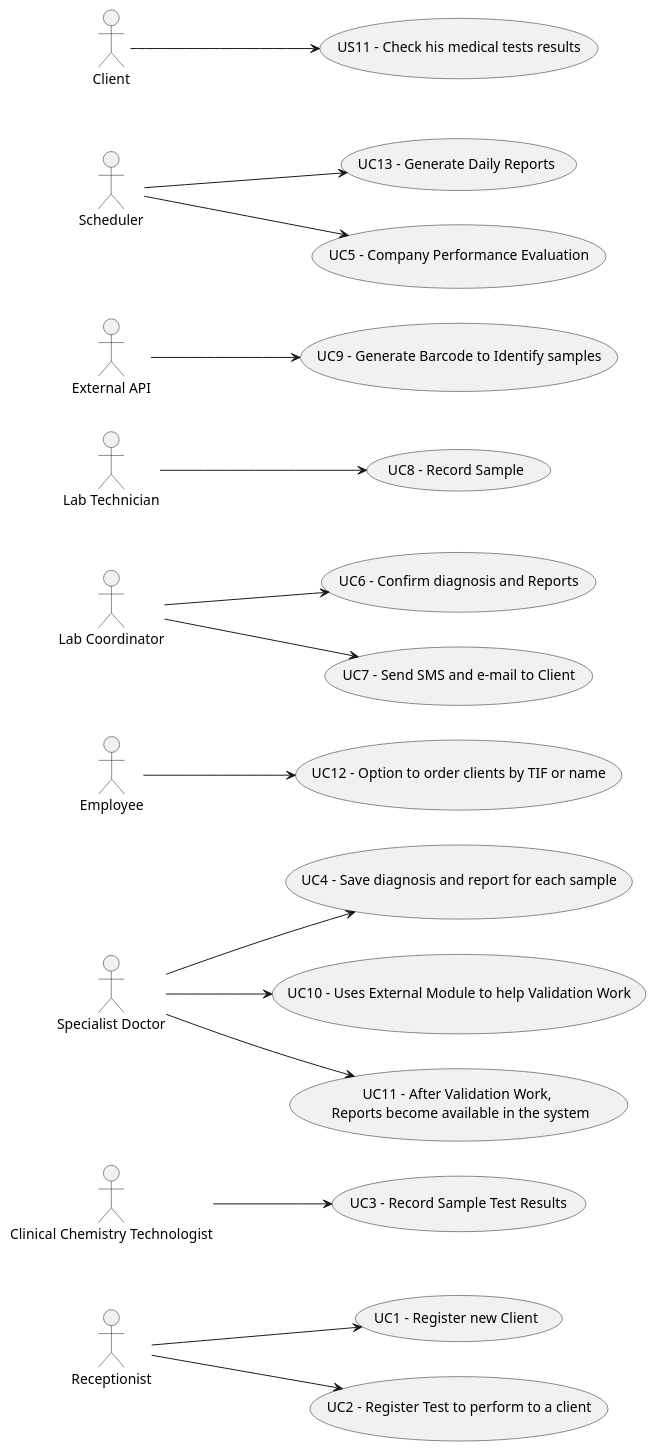
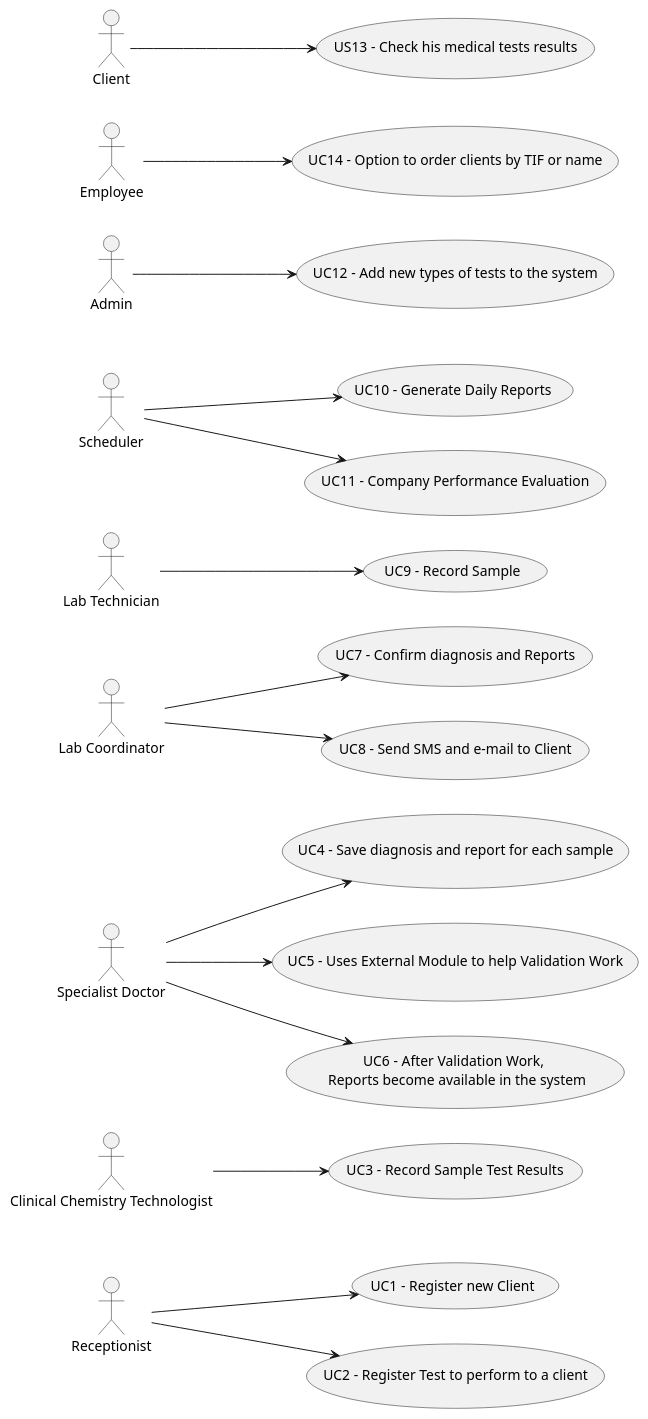
The diagram in docs/SprintA/UC Diagram.puml (GuilhermeCunha79/lapr2), drawn with PlantUML before and after one commit. The commit also changed 2 other files, not shown here.

Commit message:
Changes to the Glossary and UC Diagram and FURPS+

```diff
--- a/docs/SprintA/UC Diagram.puml
+++ b/docs/SprintA/UC Diagram.puml
@@ -1,31 +1,29 @@
 @startuml
 'https://plantuml.com/use-case-diagram
 
 left to right direction
 :Receptionist: as Recep
 Recep --> (UC1 - Register new Client)
 Recep --> (UC2 - Register Test to perform to a client)
-:Clinical Chemistry Technologist: -down-> (UC3 - Record Sample Test Results)
+:Clinical Chemistry Technologist: --> (UC3 - Record Sample Test Results)
 :Specialist Doctor: --> (UC4 - Save diagnosis and report for each sample)
-:Specialist Doctor: --> (UC10 - Uses External Module to help Validation Work)
-:Specialist Doctor: --> (UC11 - After Validation Work, \n Reports become available in the system)
-
-:Employee: --> (UC12 - Option to order clients by TIF or name)
+:Specialist Doctor: --> (UC5 - Uses External Module to help Validation Work)
+:Specialist Doctor: --> (UC6 - After Validation Work, \n Reports become available in the system)
 
 :Lab Coordinator: as lc
-(UC6 - Confirm diagnosis and Reports) as UC6
-(UC7 - Send SMS and e-mail to Client) as UC7
+(UC7 - Confirm diagnosis and Reports) as UC7
+(UC8 - Send SMS and e-mail to Client) as UC8
 :Lab Technician: as lt
-(UC8 - Record Sample) as UC8
-:External API: --> (UC9 - Generate Barcode to Identify samples)
+(UC9 - Record Sample) as UC9
 
-:Scheduler: --> (UC13 - Generate Daily Reports)
-:Scheduler: --> (UC5 - Company Performance Evaluation)
-lc --> UC6
+:Scheduler: --> (UC10 - Generate Daily Reports)
+:Scheduler: --> (UC11 - Company Performance Evaluation)
 lc --> UC7
+lc --> UC8
 
-lt --> UC8
+lt --> UC9
 
-
-:Client: --> (US11 - Check his medical tests results)
+:Admin: --> (UC12 - Add new types of tests to the system)
+:Employee: --> (UC14 - Option to order clients by TIF or name)
+:Client: --> (US13 - Check his medical tests results)
 @enduml
```
